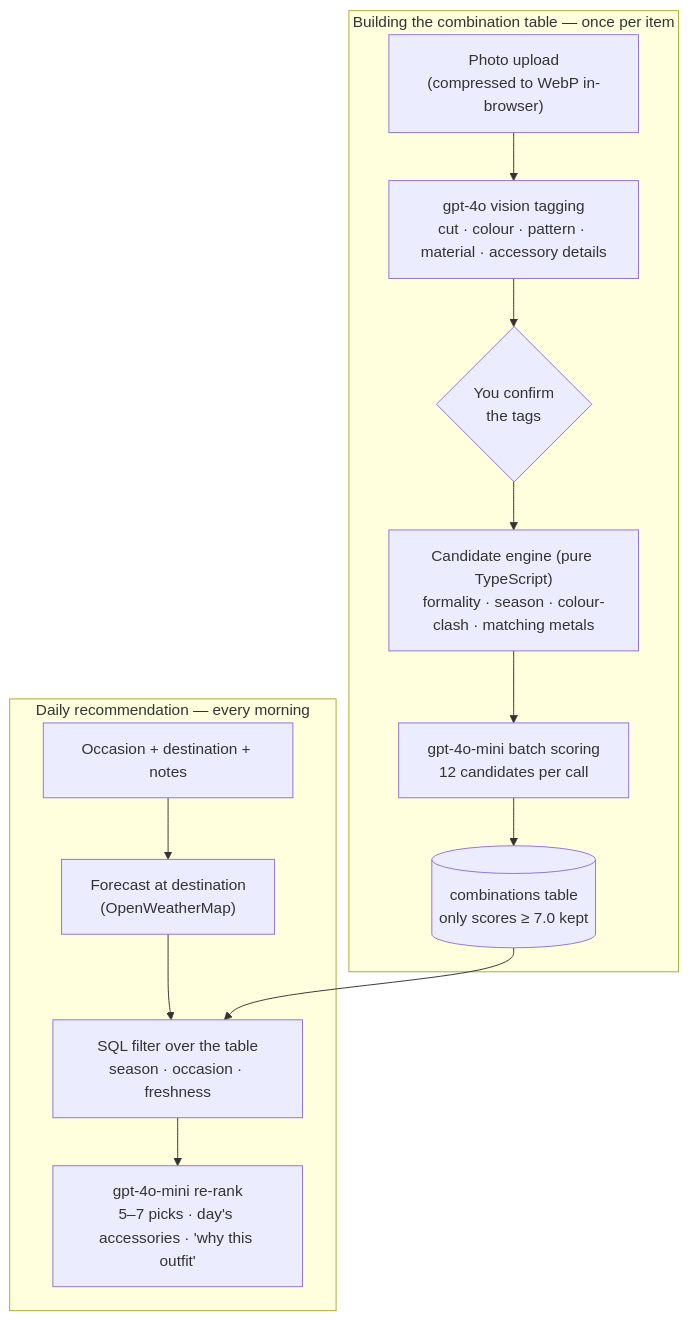
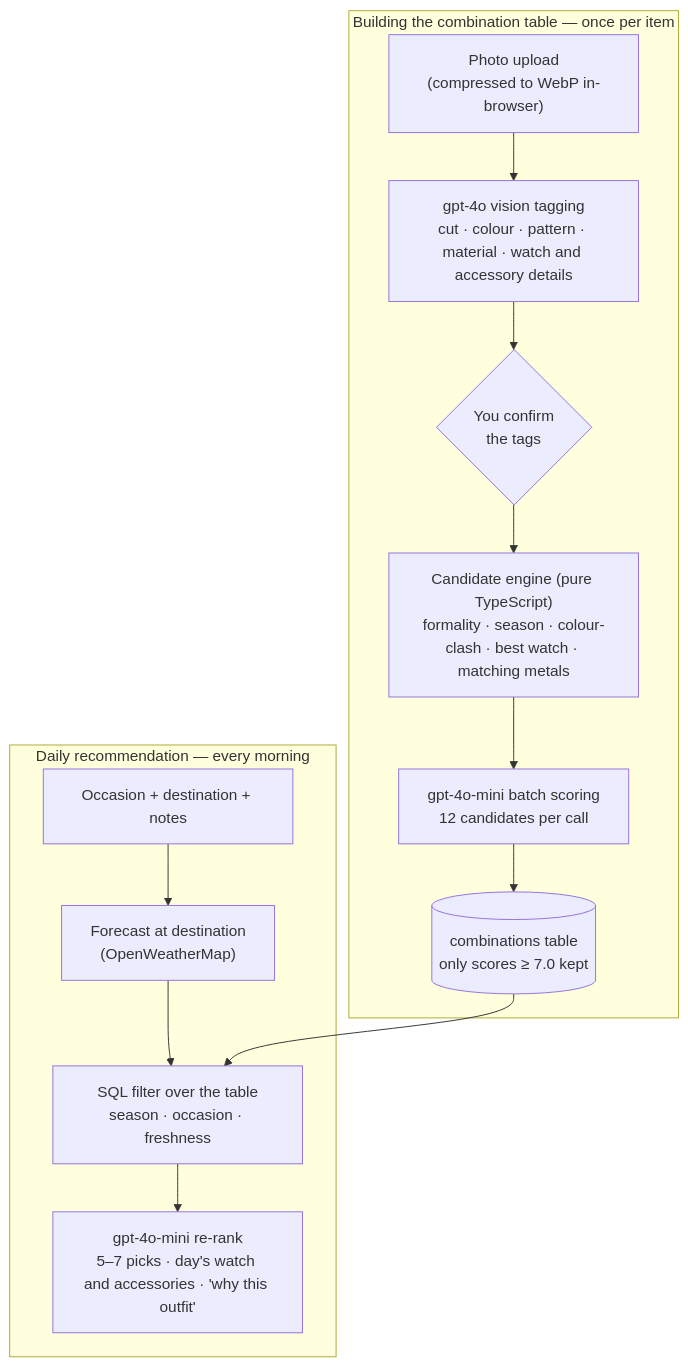
The second of 4 diagrams in README.md (roldanalex/fashion-helper-app), drawn with Mermaid before and after one commit. The commit also changed other lines of this file and 32 other files, not shown here.

````diff
--- a/README.md
+++ b/README.md
@@ -165,18 +168,18 @@
 ```mermaid
 flowchart TD
     subgraph build["Building the combination table — once per item"]
-        A["Photo upload<br/>(compressed to WebP in-browser)"] --> B["gpt-4o vision tagging<br/>cut · colour · pattern · material · accessory details"]
+        A["Photo upload<br/>(compressed to WebP in-browser)"] --> B["gpt-4o vision tagging<br/>cut · colour · pattern · material · watch and accessory details"]
         B --> C{"You confirm<br/>the tags"}
-        C --> D["Candidate engine (pure TypeScript)<br/>formality · season · colour-clash · matching metals"]
+        C --> D["Candidate engine (pure TypeScript)<br/>formality · season · colour-clash · best watch · matching metals"]
         D --> E["gpt-4o-mini batch scoring<br/>12 candidates per call"]
         E --> F[("combinations table<br/>only scores ≥ 7.0 kept")]
     end
 
     subgraph daily["Daily recommendation — every morning"]
         G["Occasion + destination + notes"] --> H["Forecast at destination<br/>(OpenWeatherMap)"]
         H --> I["SQL filter over the table<br/>season · occasion · freshness"]
-        I --> J["gpt-4o-mini re-rank<br/>5–7 picks · day's accessories · 'why this outfit'"]
+        I --> J["gpt-4o-mini re-rank<br/>5–7 picks · day's watch and accessories · 'why this outfit'"]
     end
 
     F --> I
 ```
````
